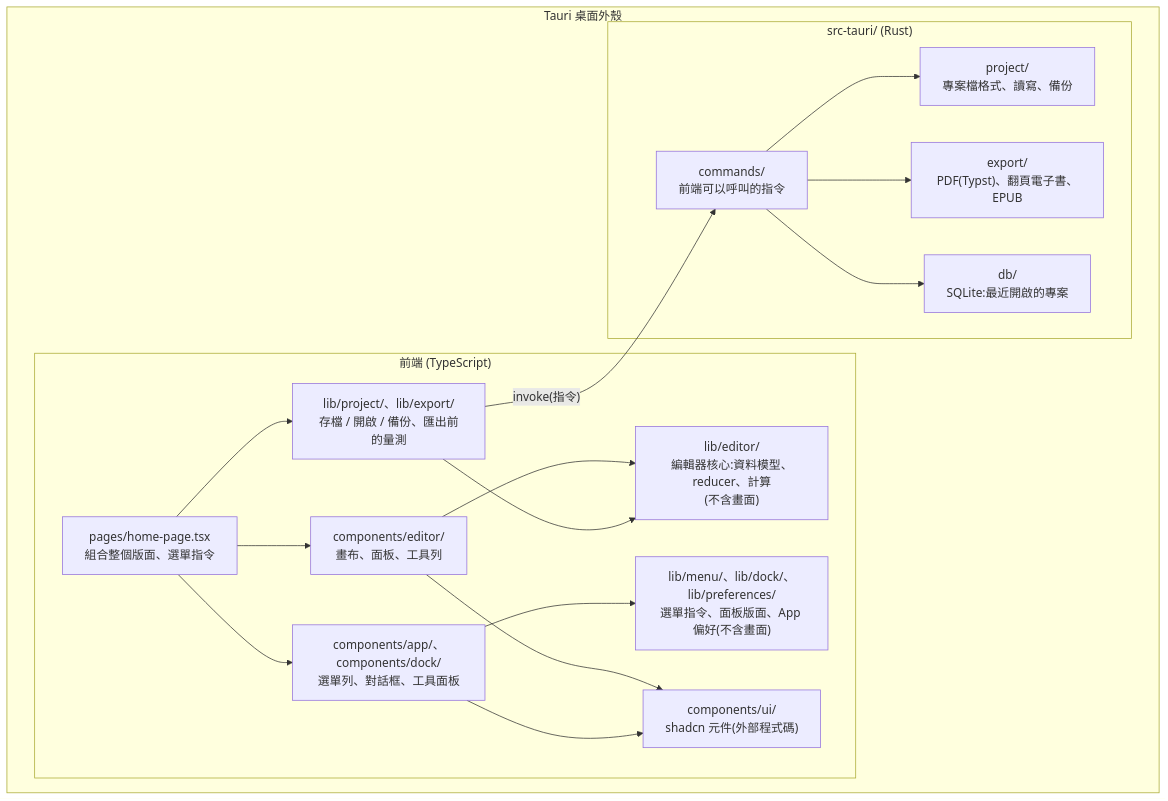
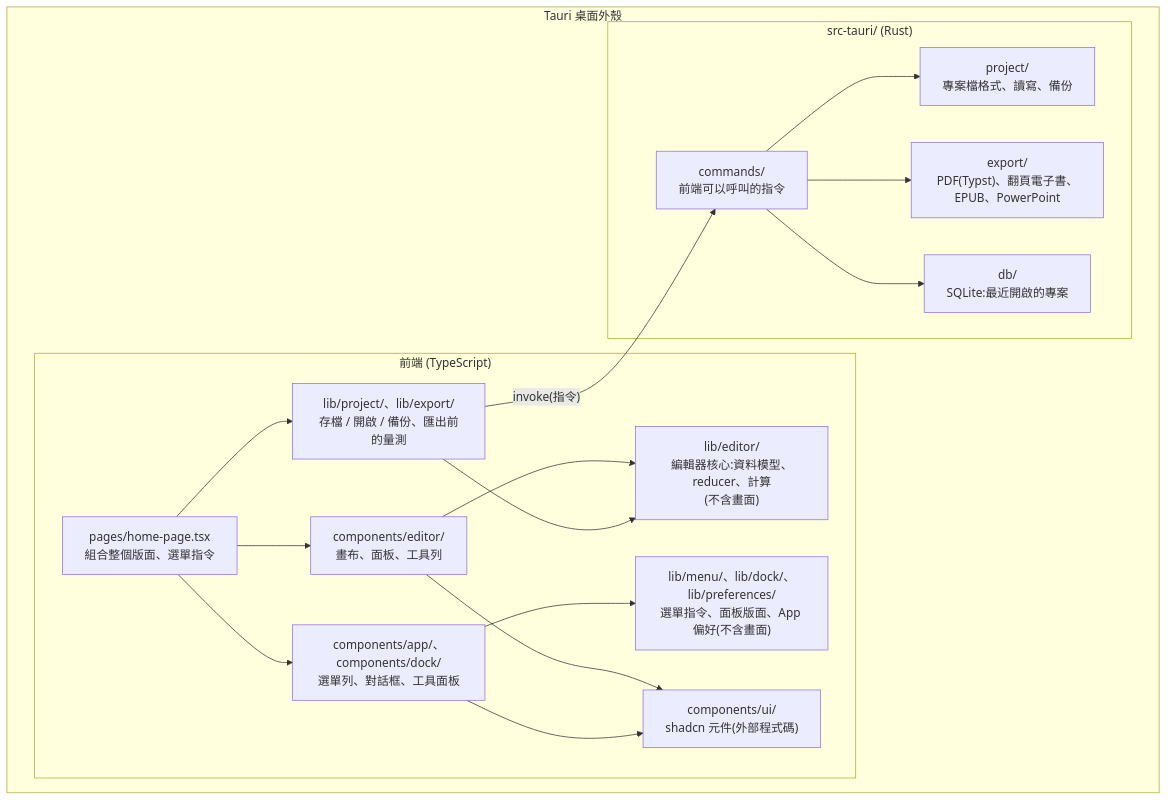
The second of 4 diagrams in docs/02-architecture.md (dino5168/magazine-editor), drawn with Mermaid before and after one commit. The commit also changed other lines of this file and 27 other files, not shown here.

First line of the commit message:
feat(export): export PowerPoint (PPTX) for slide-size documents

````diff
--- a/docs/02-architecture.md
+++ b/docs/02-architecture.md
@@ -22,32 +22,32 @@
 ```mermaid
 flowchart TB
     subgraph Tauri["Tauri 桌面外殼"]
         subgraph Front["前端 (TypeScript)"]
             Page["pages/home-page.tsx<br/>組合整個版面、選單指令"]
             Comp["components/editor/<br/>畫布、面板、工具列"]
             AppUI["components/app/、components/dock/<br/>選單列、對話框、工具面板"]
             Core["lib/editor/<br/>編輯器核心:資料模型、reducer、計算<br/>(不含畫面)"]
             Other["lib/menu/、lib/dock/、lib/preferences/<br/>選單指令、面板版面、App 偏好(不含畫面)"]
             Proj["lib/project/、lib/export/<br/>存檔 / 開啟 / 備份、匯出前的量測"]
             UI["components/ui/<br/>shadcn 元件(外部程式碼)"]
             Page --> Comp
             Page --> AppUI
             Page --> Proj
             Comp --> Core
             AppUI --> Other
             Proj --> Core
             Comp --> UI
             AppUI --> UI
         end
         subgraph Rust["src-tauri/ (Rust)"]
             Cmd["commands/<br/>前端可以呼叫的指令"]
             RP["project/<br/>專案檔格式、讀寫、備份"]
-            RE["export/<br/>PDF(Typst)、翻頁電子書、EPUB"]
+            RE["export/<br/>PDF(Typst)、翻頁電子書、EPUB、PowerPoint"]
             DB["db/<br/>SQLite:最近開啟的專案"]
             Cmd --> RP
             Cmd --> RE
             Cmd --> DB
         end
         Proj -- "invoke(指令)" --> Cmd
     end
 ```
````
